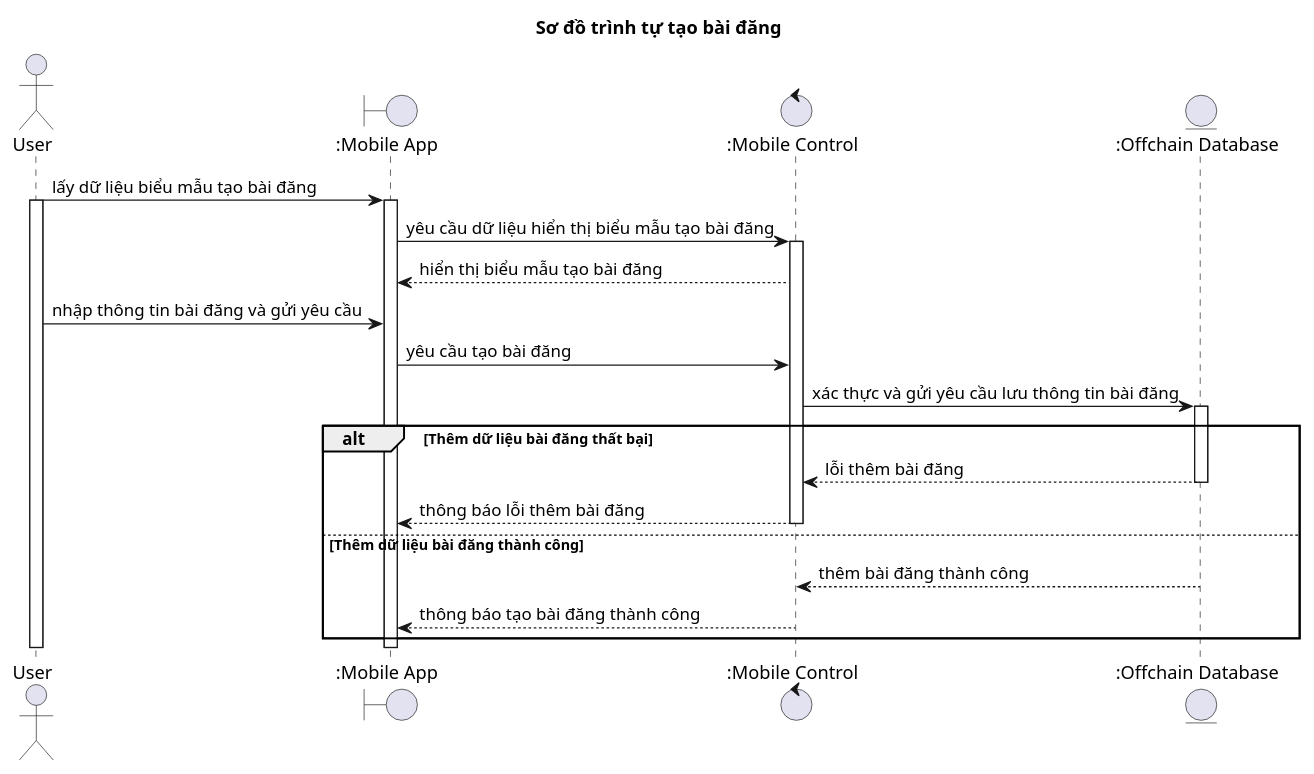
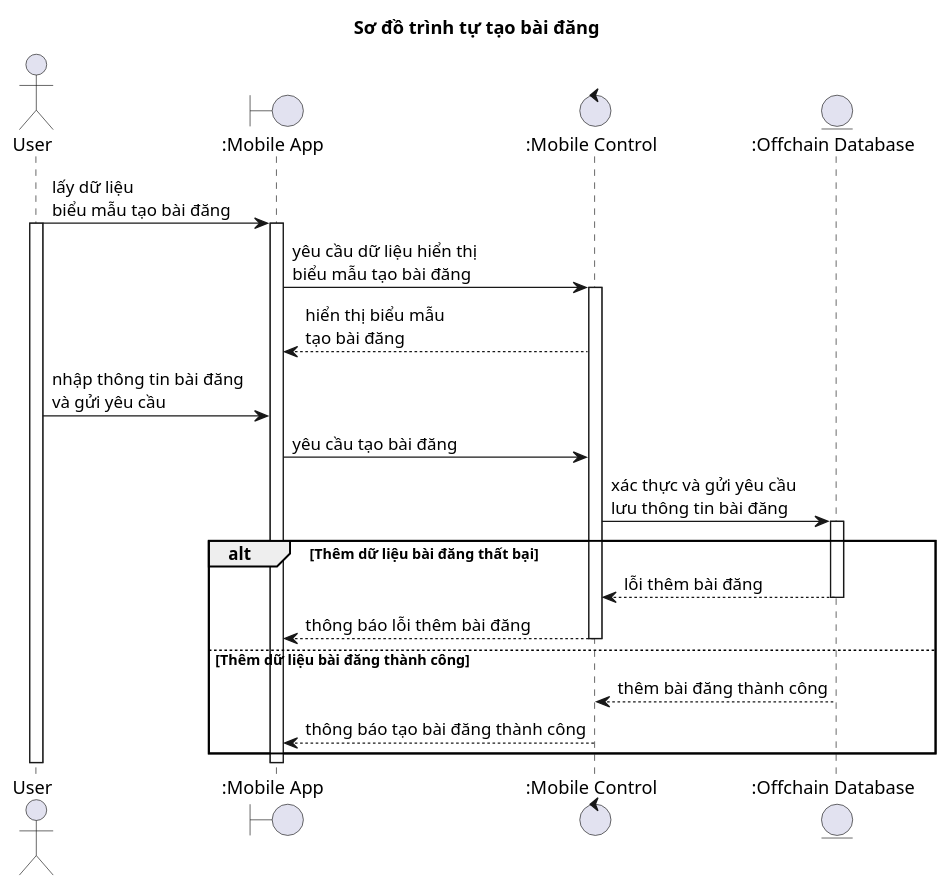
Before and after one commit to nho-moi-so/quan-ly-tim-kiem-phong-tro: the diagram in diagrams/sequences/owner/taobaidang.puml, drawn with PlantUML. The commit also changed 19 other files, not shown here.

Commit message:
feat: initialize architecture diagrams and implement owner profile and feature structures

```diff
--- a/diagrams/sequences/owner/taobaidang.puml
+++ b/diagrams/sequences/owner/taobaidang.puml
@@ -1,34 +1,34 @@
 @startuml taobaidang-sequence-diagram
 title "Sơ đồ trình tự tạo bài đăng"
 actor User as User
 boundary ":Mobile App" as MobileApp
 control ":Mobile Control" as MobileControl
 entity ":Offchain Database" as OffchainDatabase
 
-User -> MobileApp: lấy dữ liệu biểu mẫu tạo bài đăng
+User -> MobileApp: lấy dữ liệu \nbiểu mẫu tạo bài đăng
 activate User
 activate MobileApp
-MobileApp -> MobileControl: yêu cầu dữ liệu hiển thị biểu mẫu tạo bài đăng
+MobileApp -> MobileControl: yêu cầu dữ liệu hiển thị \nbiểu mẫu tạo bài đăng
 activate MobileControl
-MobileControl --> MobileApp: hiển thị biểu mẫu tạo bài đăng
+MobileControl --> MobileApp: hiển thị biểu mẫu \ntạo bài đăng
 
-User -> MobileApp: nhập thông tin bài đăng và gửi yêu cầu
+User -> MobileApp: nhập thông tin bài đăng \nvà gửi yêu cầu
 MobileApp -> MobileControl: yêu cầu tạo bài đăng
-MobileControl -> OffchainDatabase: xác thực và gửi yêu cầu lưu thông tin bài đăng
+MobileControl -> OffchainDatabase: xác thực và gửi yêu cầu \nlưu thông tin bài đăng
 activate OffchainDatabase
 'trường hợp thành công
     alt Thêm dữ liệu bài đăng thất bại
         OffchainDatabase --> MobileControl: lỗi thêm bài đăng
         deactivate OffchainDatabase
         MobileControl --> MobileApp: thông báo lỗi thêm bài đăng
         deactivate MobileControl
     else Thêm dữ liệu bài đăng thành công
         OffchainDatabase --> MobileControl: thêm bài đăng thành công
         deactivate OffchainDatabase
         MobileControl --> MobileApp: thông báo tạo bài đăng thành công
         deactivate MobileControl
     end
     deactivate MobileApp
     deactivate User
 
 @enduml
```
